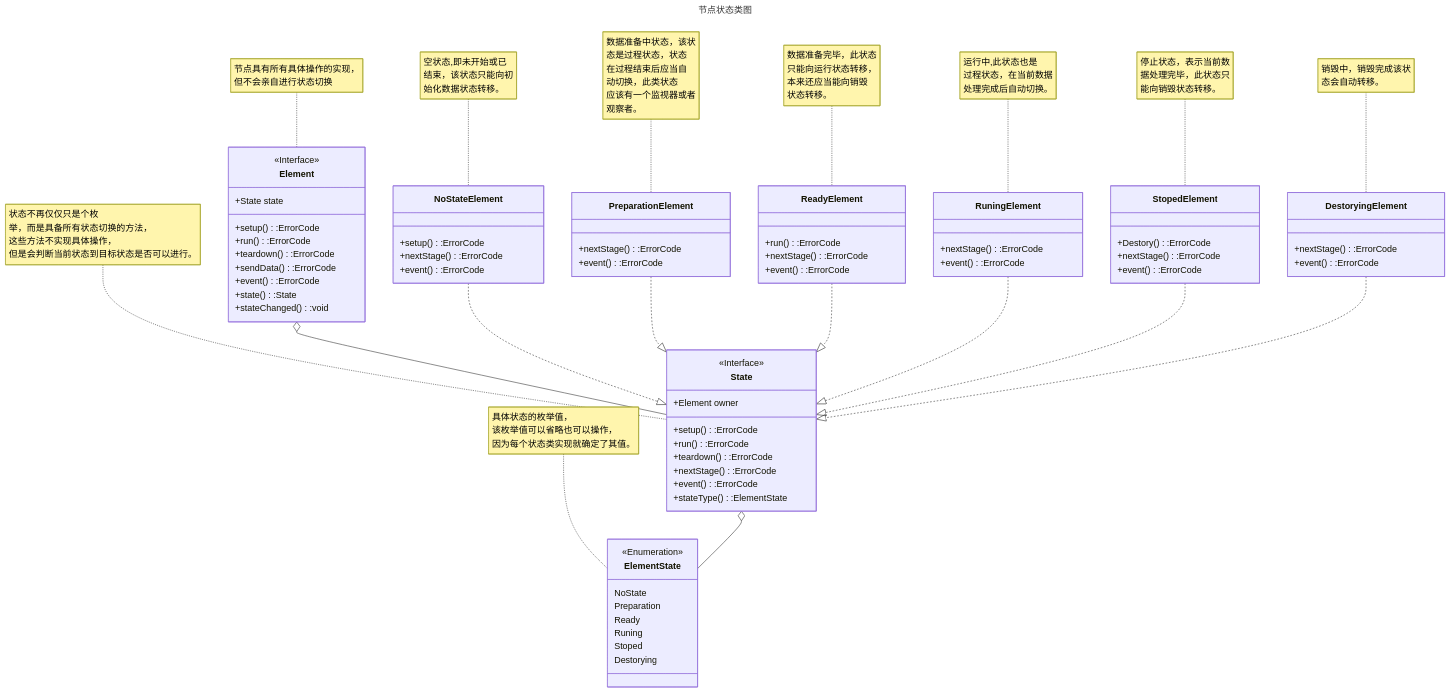
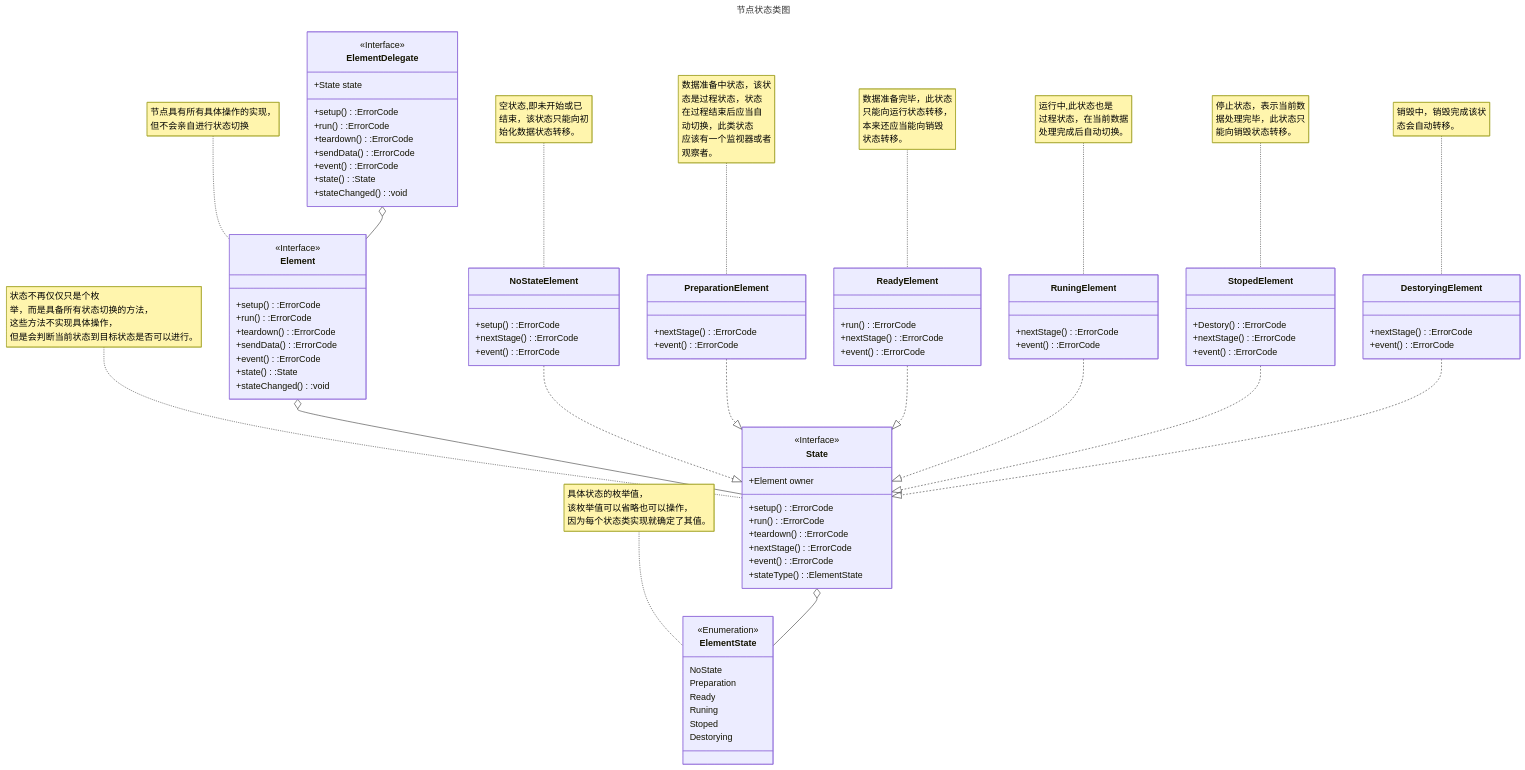
Before and after one commit to liuli-neko/LLWorkFlows: the fourth of 4 diagrams in README_zh-cn.md, drawn with Mermaid. The commit also changed 11 other files, not shown here.

```diff
--- a/README_zh-cn.md
+++ b/README_zh-cn.md
@@ -103,9 +103,20 @@
     RuningElement ..|> State
     StopedElement ..|> State
     DestoryingElement ..|> State
+    ElementDelegate o-- Element
 
     note for Element "节点具有所有具体操作的实现，<br>但不会亲自进行状态切换"
     class Element {
+        <<Interface>>
+        +setup():ErrorCode
+        +run():ErrorCode
+        +teardown():ErrorCode
+        +sendData():ErrorCode
+        +event():ErrorCode
+        +state():State
+        +stateChanged():void
+    }
+    class ElementDelegate {
         <<Interface>>
         +State state
         +setup():ErrorCode
```
